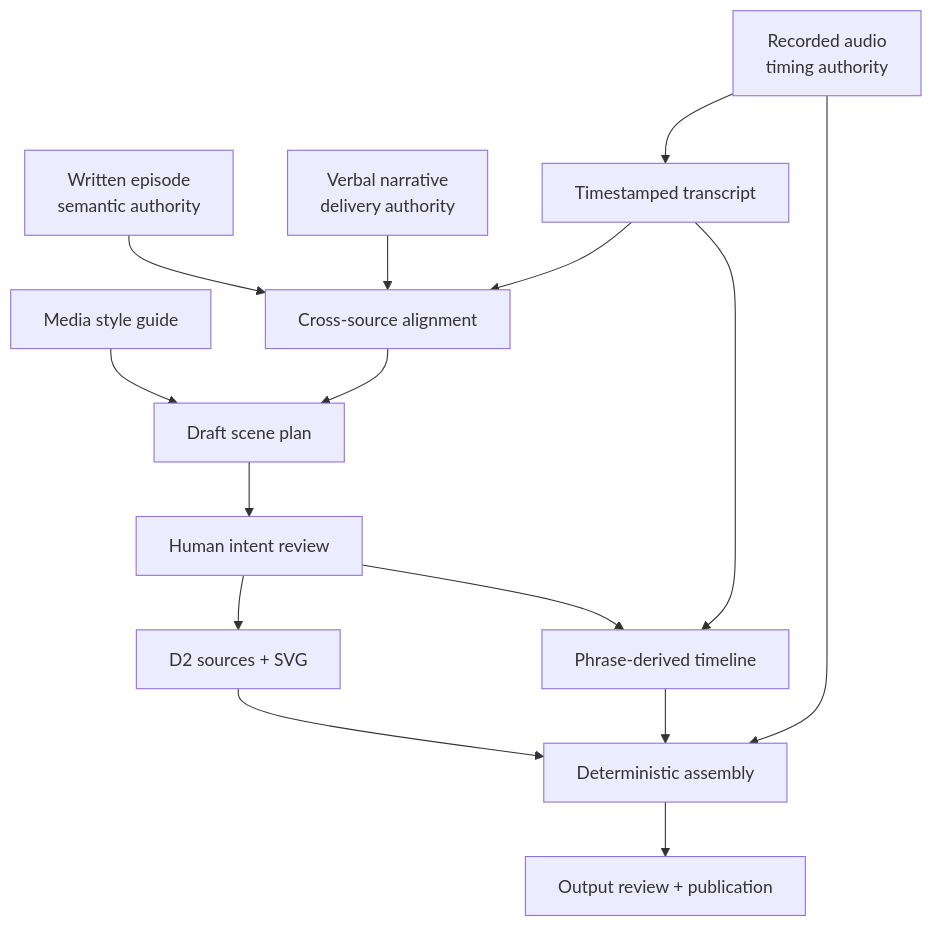
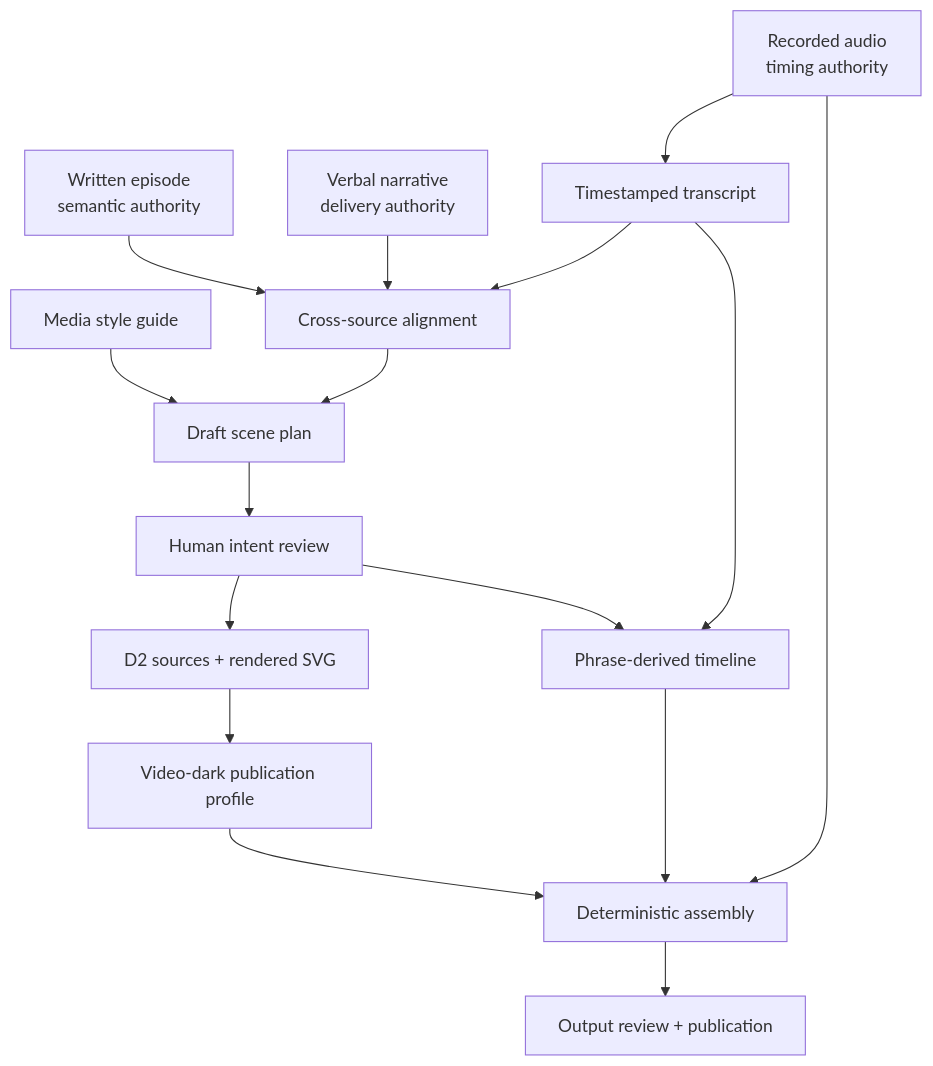
The diagram in production/architecture/media-system.md (russelleast/articulate), drawn with Mermaid before and after one commit. The commit also changed other lines of this file and 61 other files, not shown here.

````diff
--- a/production/architecture/media-system.md
+++ b/production/architecture/media-system.md
@@ -31,17 +31,18 @@
 ```mermaid
 flowchart TD
     A["Written episode<br/>semantic authority"] --> E["Cross-source alignment"]
     B["Verbal narrative<br/>delivery authority"] --> E
     C["Recorded audio<br/>timing authority"] --> D["Timestamped transcript"]
     D --> E
     S["Media style guide"] --> F["Draft scene plan"]
     E --> F
     F --> G["Human intent review"]
-    G --> H["D2 sources + SVG"]
+    G --> H["D2 sources + rendered SVG"]
+    H --> HP["Video-dark publication profile"]
     G --> I["Phrase-derived timeline"]
     D --> I
-    H --> J["Deterministic assembly"]
+    HP --> J["Deterministic assembly"]
     I --> J
     C --> J
     J --> K["Output review + publication"]
 ```
````
